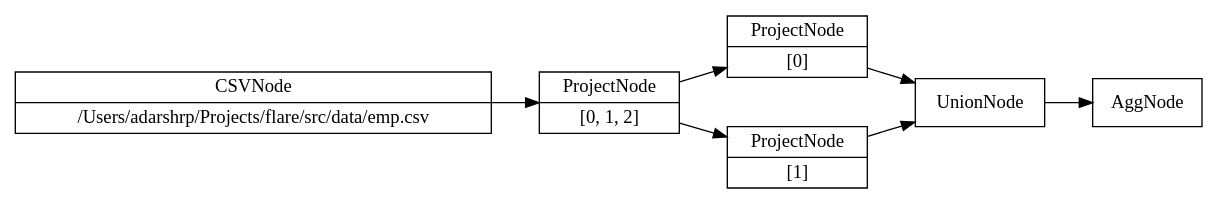
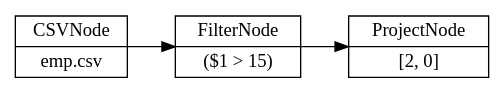
The diagram in src/data/flow.dot (adarshpannu/kona), drawn with Graphviz before and after one commit. The commit also changed 4 other files, not shown here.

```diff
--- a/src/data/flow.dot
+++ b/src/data/flow.dot
@@ -1,18 +1,11 @@
 digraph example1 {
     node [shape=record];
     rankdir=LR;
     splines=polyline;
     nodesep=0.5;
-    Node0[label="CSVNode|/Users/adarshrp/Projects/flare/src/data/emp.csv"];
-    Node1[label="ProjectNode|[0, 1, 2]"];
+    Node0[label="CSVNode|emp.csv"];
+    Node1[label="FilterNode|($1 &gt; 15)"];
     Node0 -> Node1;
-    Node2[label="ProjectNode|[0]"];
+    Node2[label="ProjectNode|[2, 0]"];
     Node1 -> Node2;
-    Node3[label="ProjectNode|[1]"];
-    Node1 -> Node3;
-    Node4[label="UnionNode"];
-    Node3 -> Node4;
-    Node2 -> Node4;
-    Node5[label="AggNode"];
-    Node4 -> Node5;
 }
```
